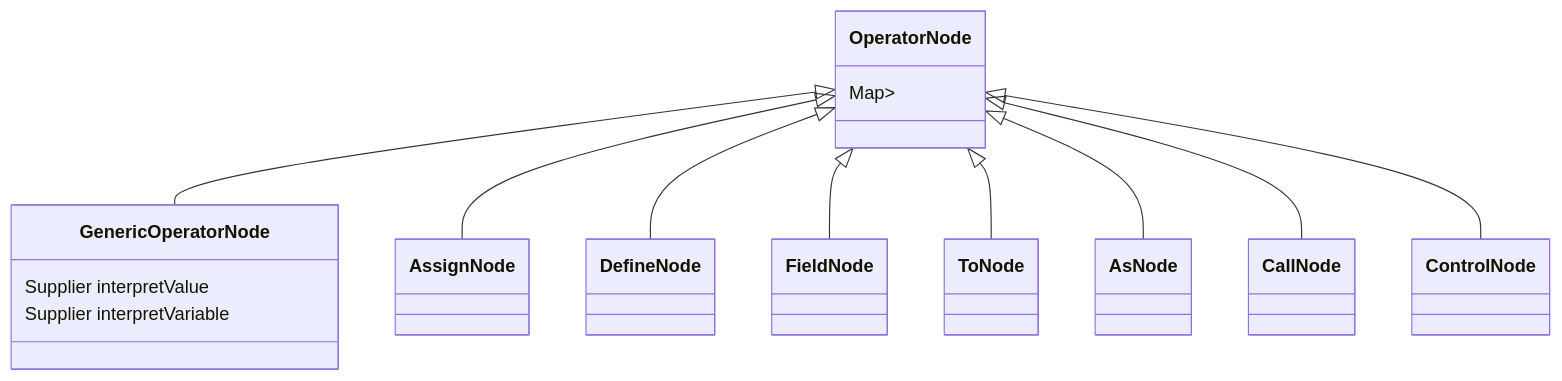
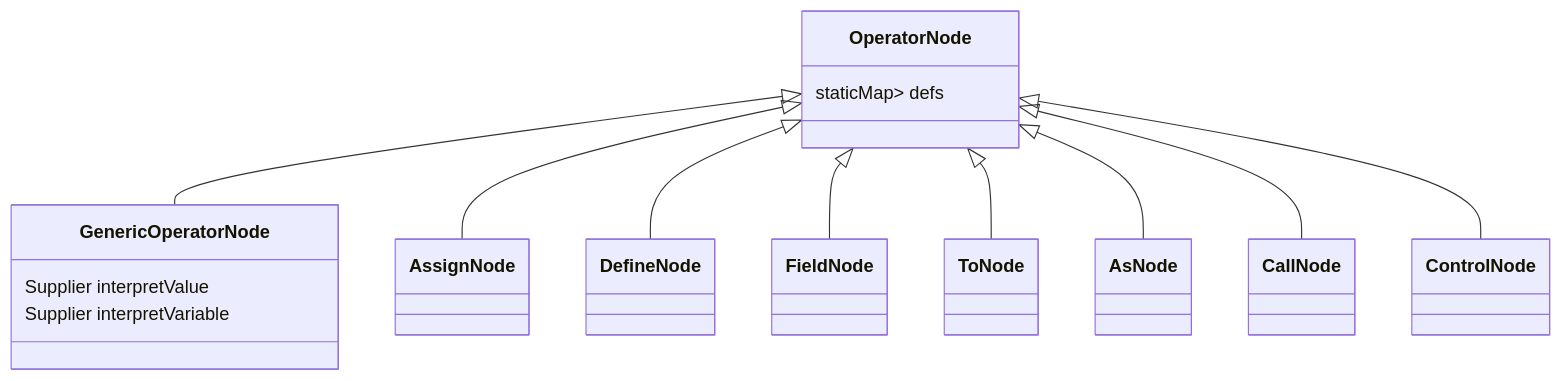
The third of 5 diagrams in Implementation.md (Jzhyang1/Monomer), drawn with Mermaid before and after one commit. The commit also changed other lines of this file, not shown here.

````diff
--- a/Implementation.md
+++ b/Implementation.md
@@ -148,16 +148,16 @@
 ```mermaid
 classDiagram
 OperatorNode <|-- GenericOperatorNode
 OperatorNode <|-- AssignNode
 OperatorNode <|-- DefineNode
 OperatorNode <|-- FieldNode
 OperatorNode <|-- ToNode
 OperatorNode <|-- AsNode
 OperatorNode <|-- CallNode
 OperatorNode <|-- ControlNode
 
-OperatorNode: Map<String,Supplier<>>
+OperatorNode: staticMap<String,Supplier<OperatorNode>> defs
 
 GenericOperatorNode: Supplier<InterpretValue> interpretValue
 GenericOperatorNode: Supplier<InterpretVariable> interpretVariable
 ```
````
